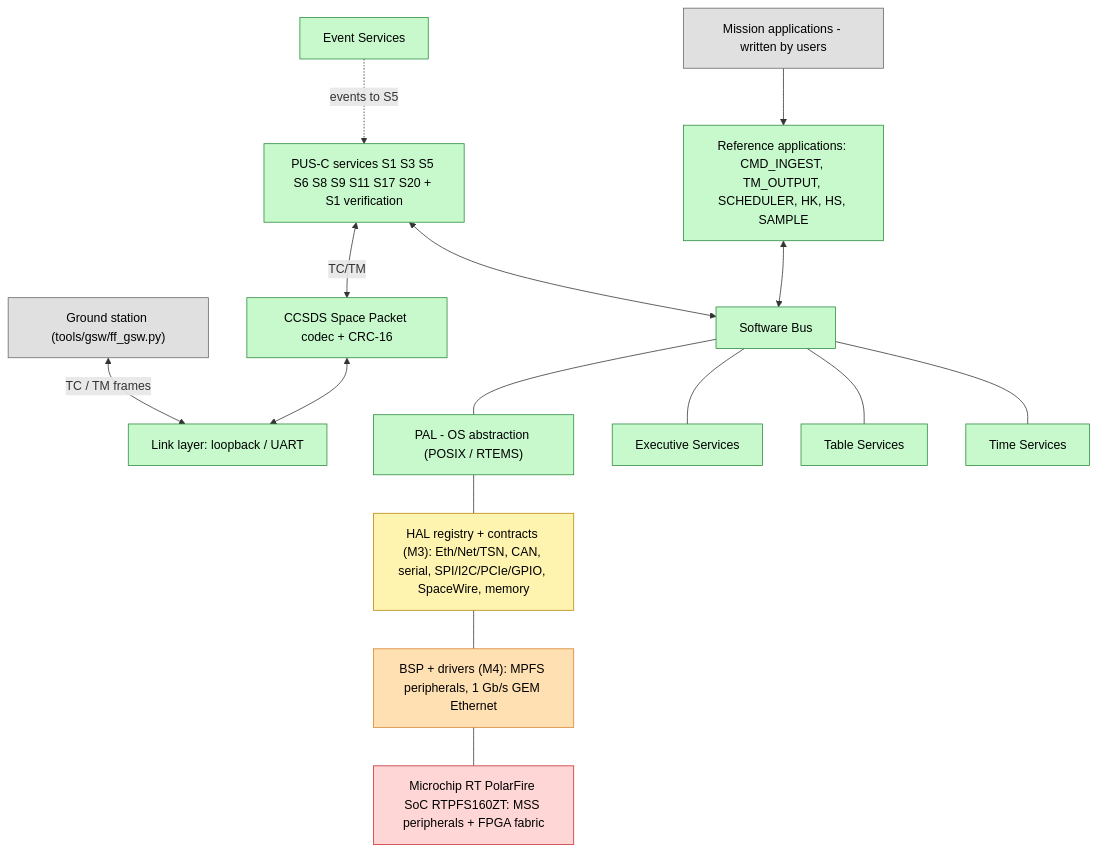
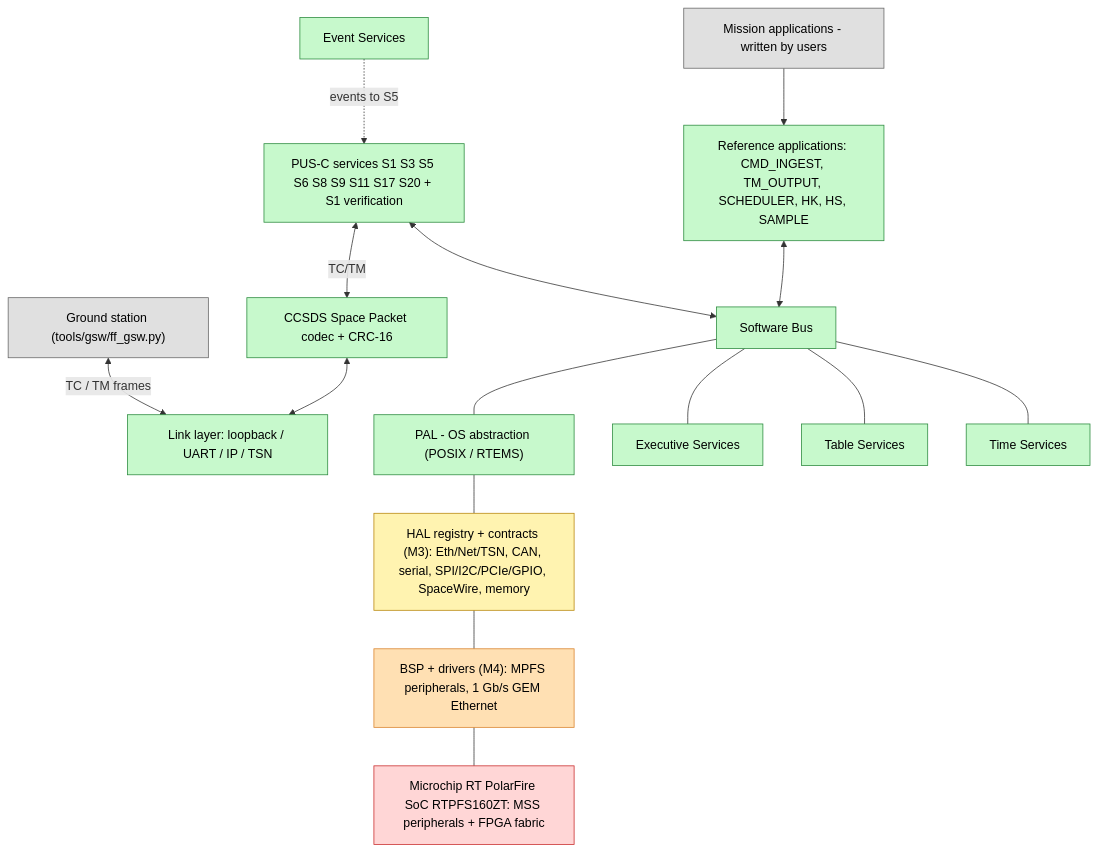
One commit to ilfrick/frick-fsw changed the first of 2 diagrams in README.md. Above: the diagram before and after it, drawn with Mermaid. The commit also changed other lines of this file and 372 other files, not shown here.

````diff
--- a/README.md
+++ b/README.md
@@ -208,40 +230,40 @@
 ```mermaid
 flowchart TB
     classDef impl fill:#c7f9cc,stroke:#2b8a3e,color:#000
     classDef iface fill:#fff3b0,stroke:#b8860b,color:#000
     classDef m4 fill:#ffe0b3,stroke:#d9822b,color:#000
     classDef user fill:#e0e0e0,stroke:#666,color:#000
     classDef hw fill:#ffd6d6,stroke:#c92a2a,color:#000
 
     GSW["Ground station (tools/gsw/ff_gsw.py)"]:::user
     MISSION["Mission applications - written by users"]:::user
 
     A1["Reference applications: CMD_INGEST, TM_OUTPUT, SCHEDULER, HK, HS, SAMPLE"]:::impl
     P1["PUS-C services S1 S3 S5 S6 S8 S9 S11 S17 S20 + S1 verification"]:::impl
     C1["Software Bus"]:::impl
     C2["Event Services"]:::impl
     C3["Executive Services"]:::impl
     C4["Table Services"]:::impl
     C5["Time Services"]:::impl
     T1["CCSDS Space Packet codec + CRC-16"]:::impl
-    T2["Link layer: loopback / UART"]:::impl
+    T2["Link layer: loopback / UART / IP / TSN"]:::impl
     PL1["PAL - OS abstraction (POSIX / RTEMS)"]:::impl
     H1["HAL registry + contracts (M3): Eth/Net/TSN, CAN, serial, SPI/I2C/PCIe/GPIO, SpaceWire, memory"]:::iface
     B1["BSP + drivers (M4): MPFS peripherals, 1 Gb/s GEM Ethernet"]:::m4
     HW["Microchip RT PolarFire SoC RTPFS160ZT: MSS peripherals + FPGA fabric"]:::hw
 
     MISSION --> A1
     GSW <-->|"TC / TM frames"| T2
     A1 <--> C1
     P1 <--> C1
     P1 <-->|"TC/TM"| T1
     C2 -.->|"events to S5"| P1
     T1 <--> T2
     C1 --- C5
     C1 --- C4
     C1 --- C3
     C1 --- PL1
     PL1 --- H1
     H1 --- B1
     B1 --- HW
 ```
````
